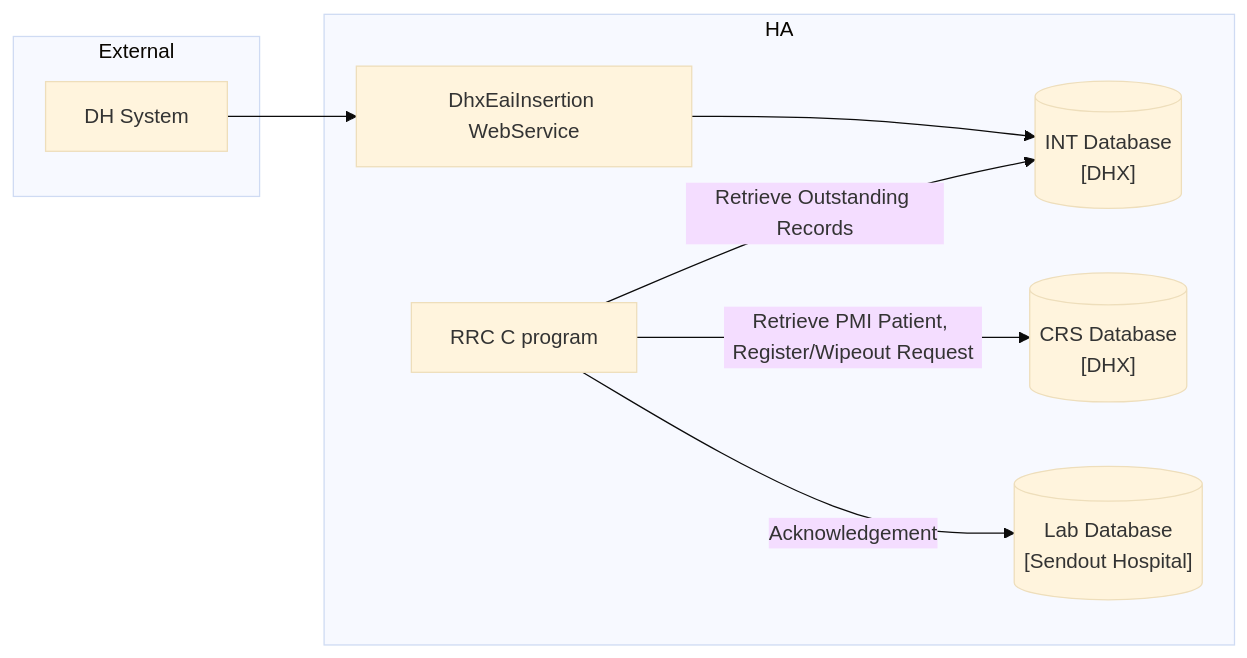
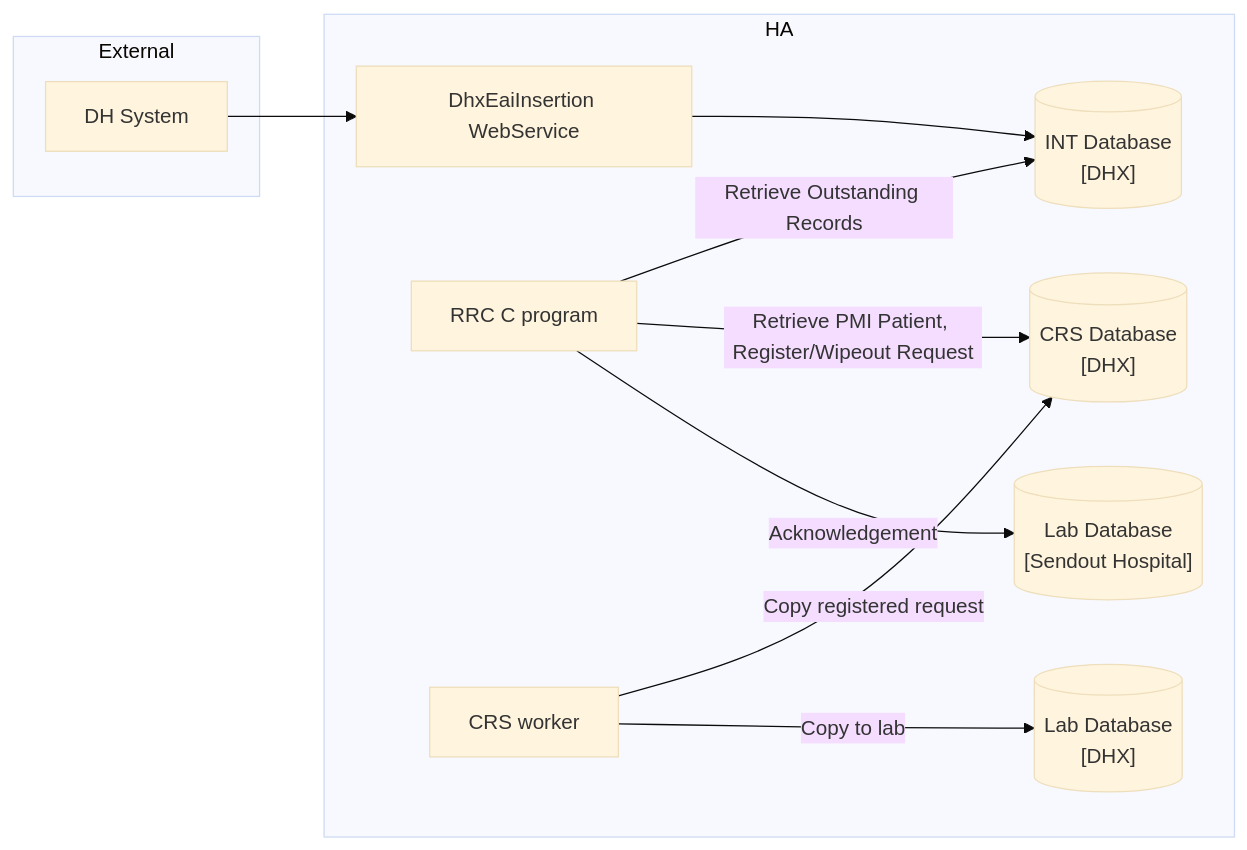
One commit to DragonChong/HA-Notes changed the second of 4 diagrams in LIS/JIRA/Develop cloud application `lis-dhx-rrc-svc` to replace the legacy RRC worker and support dynamic Sybase-PostgreSQL database connectivity during DB migration.md. Above: the diagram before and after it, drawn with Mermaid (base theme). The commit also changed other lines of this file, not shown here.

````diff
--- a/LIS/JIRA/Develop cloud application `lis-dhx-rrc-svc` to replace the legacy RRC worker and support dynamic Sybase-PostgreSQL database connectivity during DB migration.md
+++ b/LIS/JIRA/Develop cloud application `lis-dhx-rrc-svc` to replace the legacy RRC worker and support dynamic Sybase-PostgreSQL database connectivity during DB migration.md
@@ -139,17 +139,21 @@
 ```mermaid
 flowchart LR
     subgraph External["External"]
         DH["DH System"]
     end
     subgraph HA["HA"]
         WS["DhxEaiInsertion WebService"]
         INT_DB[("INT Database<br>[DHX]")]
         C_RRC["RRC C program"]
         CRS_DB[("CRS Database<br>[DHX]")]
+        CRS_W["CRS worker"]
+        LAB_DB[("Lab Database<br>[DHX]")]
         HOSP_DB[("Lab Database<br>[Sendout Hospital]")]
     end
     DH --> WS --> INT_DB
     C_RRC -- Retrieve Outstanding Records --> INT_DB
     C_RRC -- Retrieve PMI Patient, Register/Wipeout Request--> CRS_DB
+    CRS_W -- Copy registered request --> CRS_DB
+    CRS_W -- Copy to lab --> LAB_DB
     C_RRC -- Acknowledgement--> HOSP_DB
 ```
````
